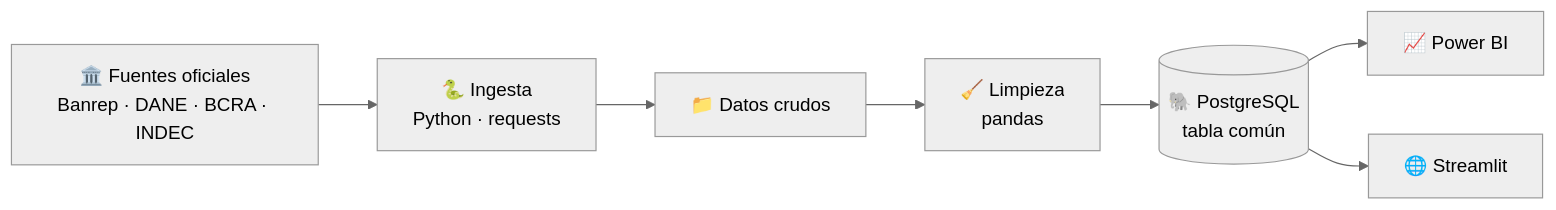
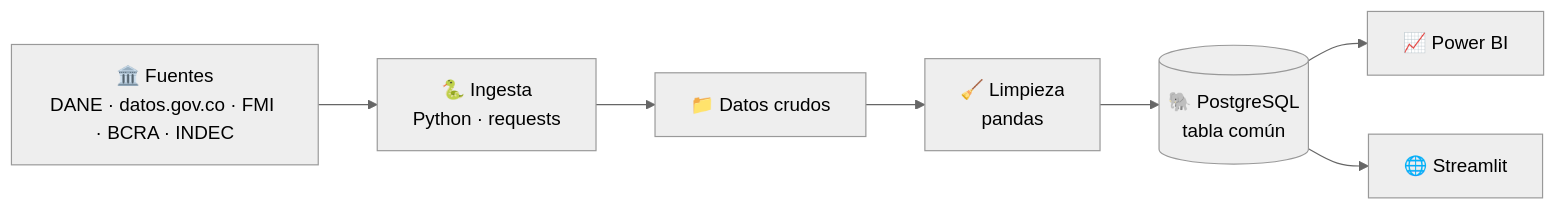
Before and after one commit to SimonBedoyaMontiel/observatorio-macro-colombia-argentina: the diagram in README.md, drawn with Mermaid (neutral theme). The commit also changed other lines of this file and 5 other files, not shown here.

````diff
--- a/README.md
+++ b/README.md
@@ -37,9 +37,9 @@
 ```mermaid
 flowchart LR
-    A["🏛️ Fuentes oficiales<br/>Banrep · DANE · BCRA · INDEC"] --> B["🐍 Ingesta<br/>Python · requests"]
+    A["🏛️ Fuentes<br/>DANE · datos.gov.co · FMI · BCRA · INDEC"] --> B["🐍 Ingesta<br/>Python · requests"]
     B --> C["📁 Datos crudos"]
     C --> D["🧹 Limpieza<br/>pandas"]
     D --> E[("🐘 PostgreSQL<br/>tabla común")]
     E --> F["📈 Power BI"]
     E --> G["🌐 Streamlit"]
 ```
````
